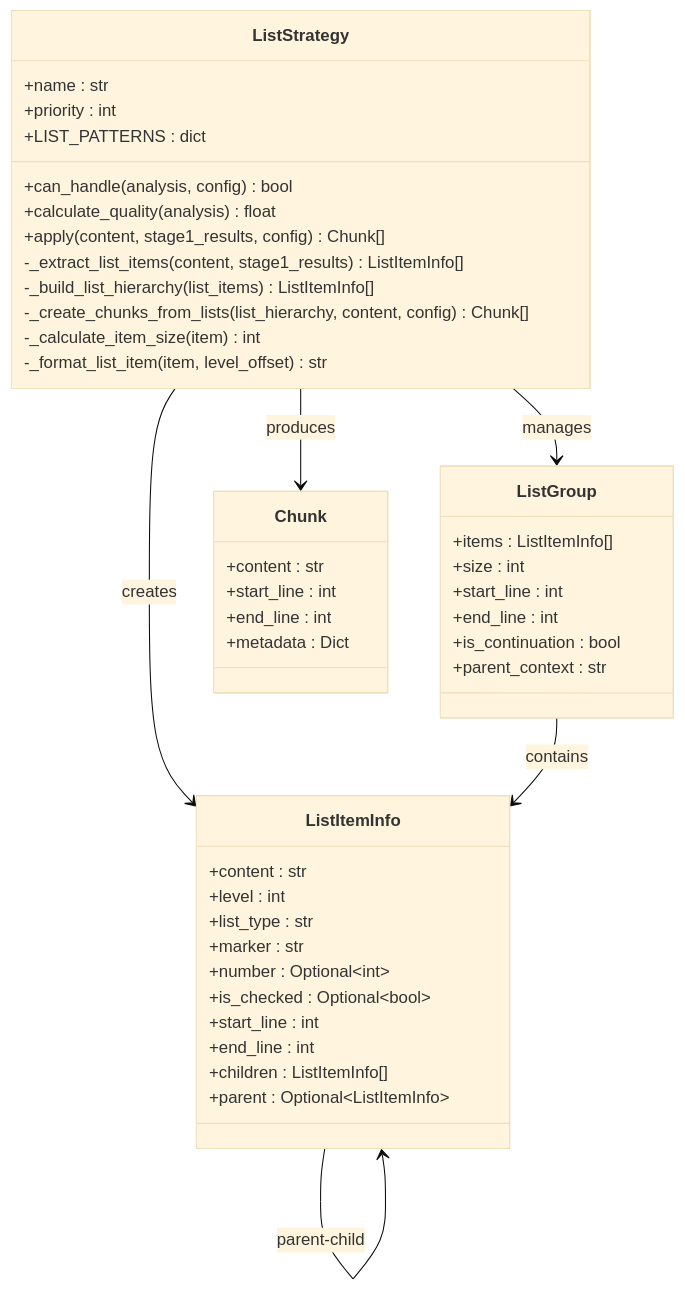
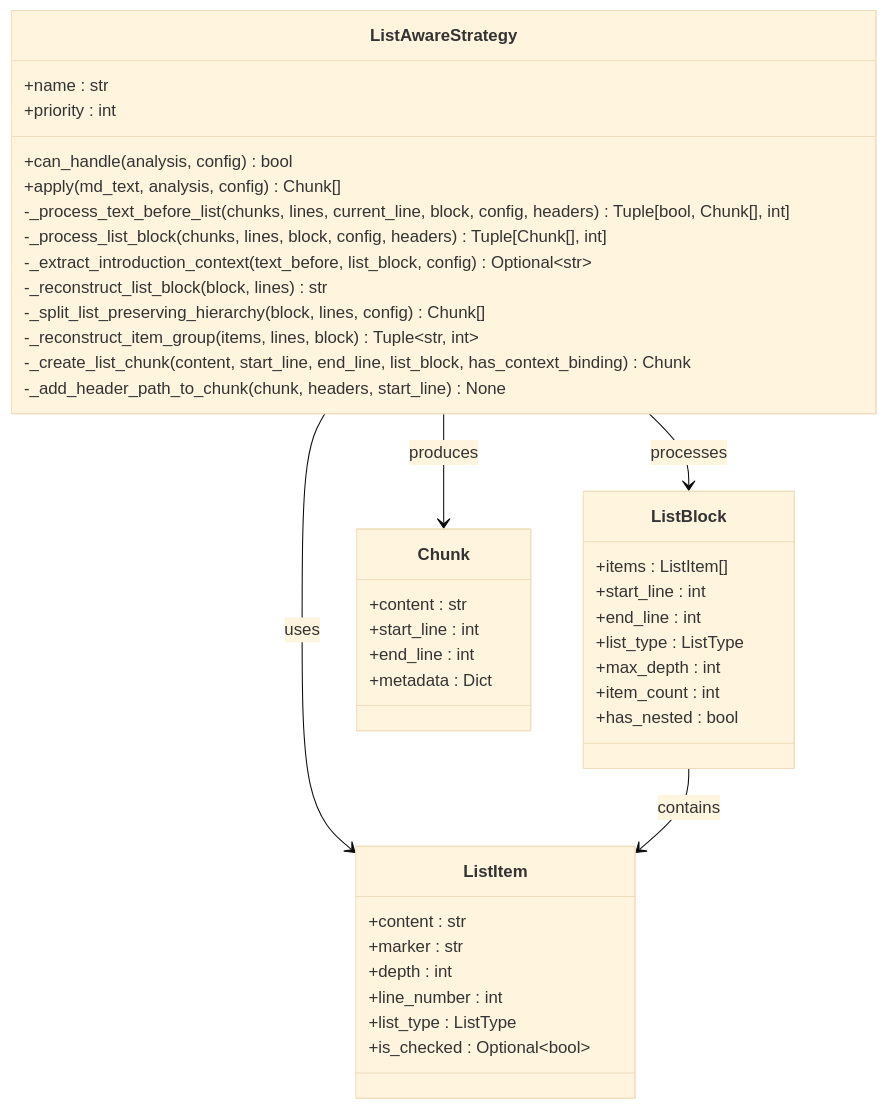
Before and after one commit to asukhodko/dify-markdown-chunker: the second of 5 diagrams in .qoder/repowiki/en/content/Chunking Strategies/List Strategy.md, drawn with Mermaid (base theme). The commit also changed other lines of this file and 5 other files, not shown here.

````diff
--- a/.qoder/repowiki/en/content/Chunking Strategies/List Strategy.md
+++ b/.qoder/repowiki/en/content/Chunking Strategies/List Strategy.md
@@ -99,47 +131,44 @@
 ```mermaid
 classDiagram
-class ListStrategy {
+class ListAwareStrategy {
 +name : str
 +priority : int
-+LIST_PATTERNS : dict
 +can_handle(analysis, config) bool
-+calculate_quality(analysis) float
-+apply(content, stage1_results, config) Chunk[]
--_extract_list_items(content, stage1_results) ListItemInfo[]
--_build_list_hierarchy(list_items) ListItemInfo[]
--_create_chunks_from_lists(list_hierarchy, content, config) Chunk[]
--_calculate_item_size(item) int
--_format_list_item(item, level_offset) str
++apply(md_text, analysis, config) Chunk[]
+-_process_text_before_list(chunks, lines, current_line, block, config, headers) Tuple[bool, Chunk[], int]
+-_process_list_block(chunks, lines, block, config, headers) Tuple[Chunk[], int]
+-_extract_introduction_context(text_before, list_block, config) Optional~str~
+-_reconstruct_list_block(block, lines) str
+-_split_list_preserving_hierarchy(block, lines, config) Chunk[]
+-_reconstruct_item_group(items, lines, block) Tuple~str, int~
+-_create_list_chunk(content, start_line, end_line, list_block, has_context_binding) Chunk
+-_add_header_path_to_chunk(chunk, headers, start_line) None
 }
-class ListItemInfo {
-+content : str
-+level : int
-+list_type : str
-+marker : str
-+number : Optional~int~
-+is_checked : Optional~bool~
+class ListBlock {
++items : ListItem[]
 +start_line : int
 +end_line : int
-+children : ListItemInfo[]
-+parent : Optional~ListItemInfo~
++list_type : ListType
++max_depth : int
++item_count : int
++has_nested : bool
 }
-class ListGroup {
-+items : ListItemInfo[]
-+size : int
-+start_line : int
-+end_line : int
-+is_continuation : bool
-+parent_context : str
+class ListItem {
++content : str
++marker : str
++depth : int
++line_number : int
++list_type : ListType
++is_checked : Optional~bool~
 }
 class Chunk {
 +content : str
 +start_line : int
 +end_line : int
 +metadata : Dict
 }
-ListStrategy --> ListItemInfo : creates
-ListStrategy --> ListGroup : manages
-ListGroup --> ListItemInfo : contains
-ListStrategy --> Chunk : produces
-ListItemInfo --> ListItemInfo : parent-child
+ListAwareStrategy --> ListBlock : processes
+ListAwareStrategy --> ListItem : uses
+ListBlock --> ListItem : contains
+ListAwareStrategy --> Chunk : produces
 ```
````
